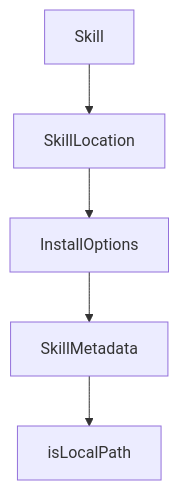
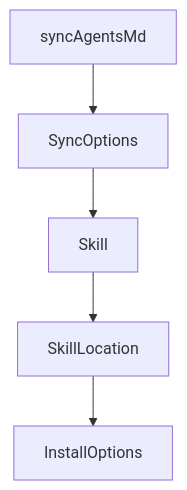
One commit to johnxie/awesome-code-docs changed the diagram in tutorials/openskills-tutorial/01-getting-started.md. Above: the diagram before and after it, drawn with Mermaid. The commit also changed other lines of this file and 1232 other files, not shown here.

````diff
--- a/tutorials/openskills-tutorial/01-getting-started.md
+++ b/tutorials/openskills-tutorial/01-getting-started.md
@@ -145,12 +185,12 @@
 ```mermaid
 flowchart TD
-    A[Skill]
-    B[SkillLocation]
-    C[InstallOptions]
-    D[SkillMetadata]
-    E[isLocalPath]
+    A[syncAgentsMd]
+    B[SyncOptions]
+    C[Skill]
+    D[SkillLocation]
+    E[InstallOptions]
     A --> B
     B --> C
     C --> D
     D --> E
 ```
````
